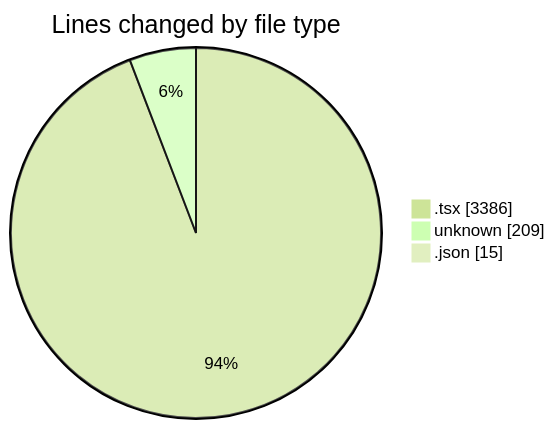
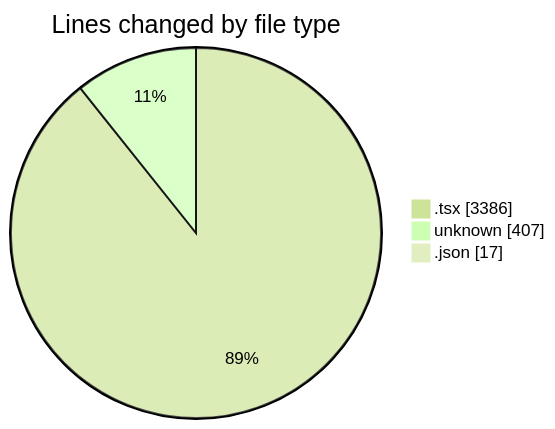
Before and after one commit to JenPaints/code-tracking: the first of 2 diagrams in 2025-06-20/archive/README.md, drawn with Mermaid (forest theme). The commit also changed other lines of this file and 1 other file, not shown here.

````diff
--- a/2025-06-20/archive/README.md
+++ b/2025-06-20/archive/README.md
@@ -31,7 +31,7 @@
 ```mermaid
 pie showData
 title Lines changed by file type
 ".tsx" : 3386
-"unknown" : 209
-".json" : 15
+"unknown" : 407
+".json" : 17
 ```
````
